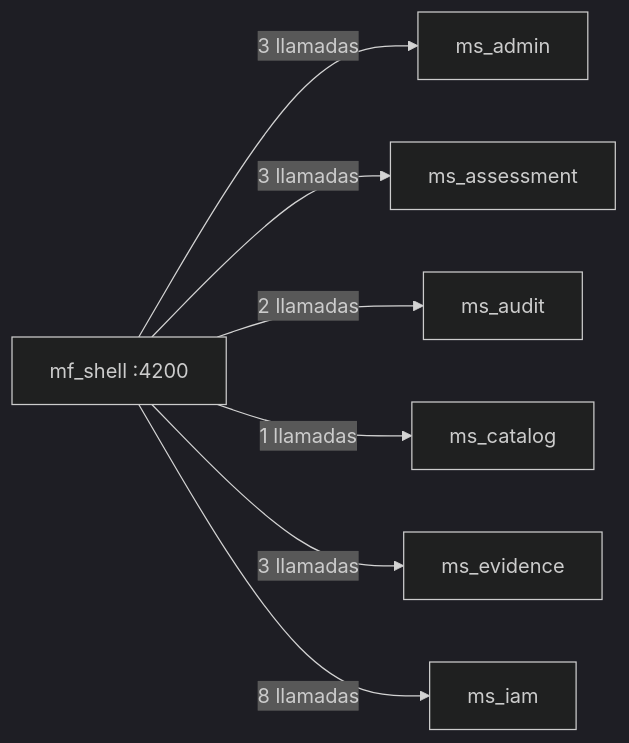
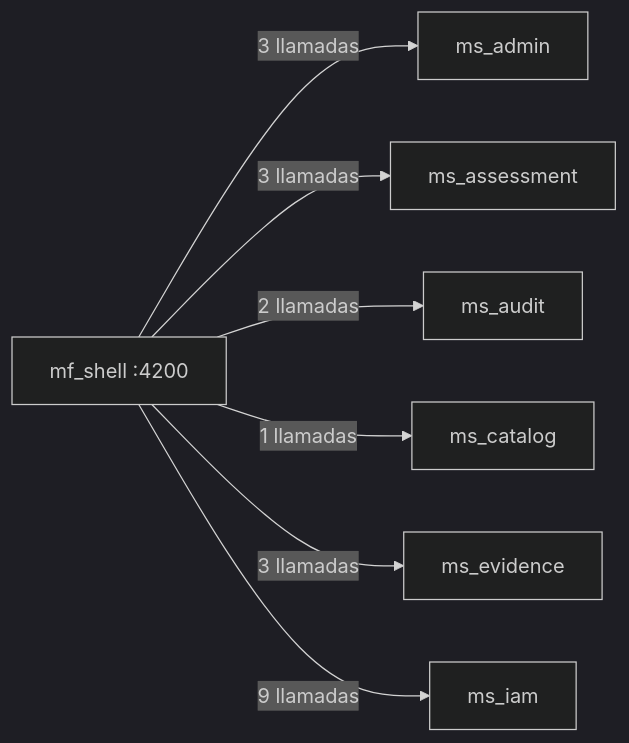
The diagram in Documentacion-Frontend/mf_shell/08-Mapa-Rutas-y-Endpoints.md (jdtovar07/MSPI_NVA_CO_DOCS), drawn with Mermaid (dark theme) before and after one commit. The commit also changed other lines of this file and 15 other files, not shown here.

````diff
--- a/Documentacion-Frontend/mf_shell/08-Mapa-Rutas-y-Endpoints.md
+++ b/Documentacion-Frontend/mf_shell/08-Mapa-Rutas-y-Endpoints.md
@@ -68,10 +69,10 @@
 ```mermaid
 flowchart LR
   MF["mf_shell :4200"]
   MF -- "3 llamadas" --> ms_admin["ms_admin"]
   MF -- "3 llamadas" --> ms_assessment["ms_assessment"]
   MF -- "2 llamadas" --> ms_audit["ms_audit"]
   MF -- "1 llamadas" --> ms_catalog["ms_catalog"]
   MF -- "3 llamadas" --> ms_evidence["ms_evidence"]
-  MF -- "8 llamadas" --> ms_iam["ms_iam"]
+  MF -- "9 llamadas" --> ms_iam["ms_iam"]
 ```
````
